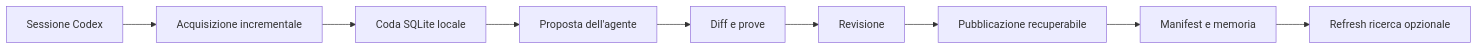
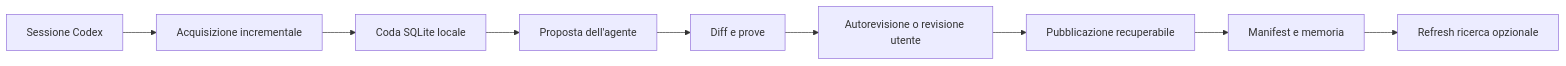
Before and after one commit to lollopanta/learning-brain: the diagram in README.md, drawn with Mermaid. The commit also changed other lines of this file and 21 other files, not shown here.

````diff
--- a/README.md
+++ b/README.md
@@ -16,11 +22,11 @@
 ```mermaid
 flowchart LR
   A[Sessione Codex] --> B[Acquisizione incrementale]
   B --> C[Coda SQLite locale]
   C --> D[Proposta dell'agente]
   D --> E[Diff e prove]
-  E --> F[Revisione]
+  E --> F[Autorevisione o revisione utente]
   F --> G[Pubblicazione recuperabile]
   G --> H[Manifest e memoria]
   H --> I[Refresh ricerca opzionale]
 ```
````
